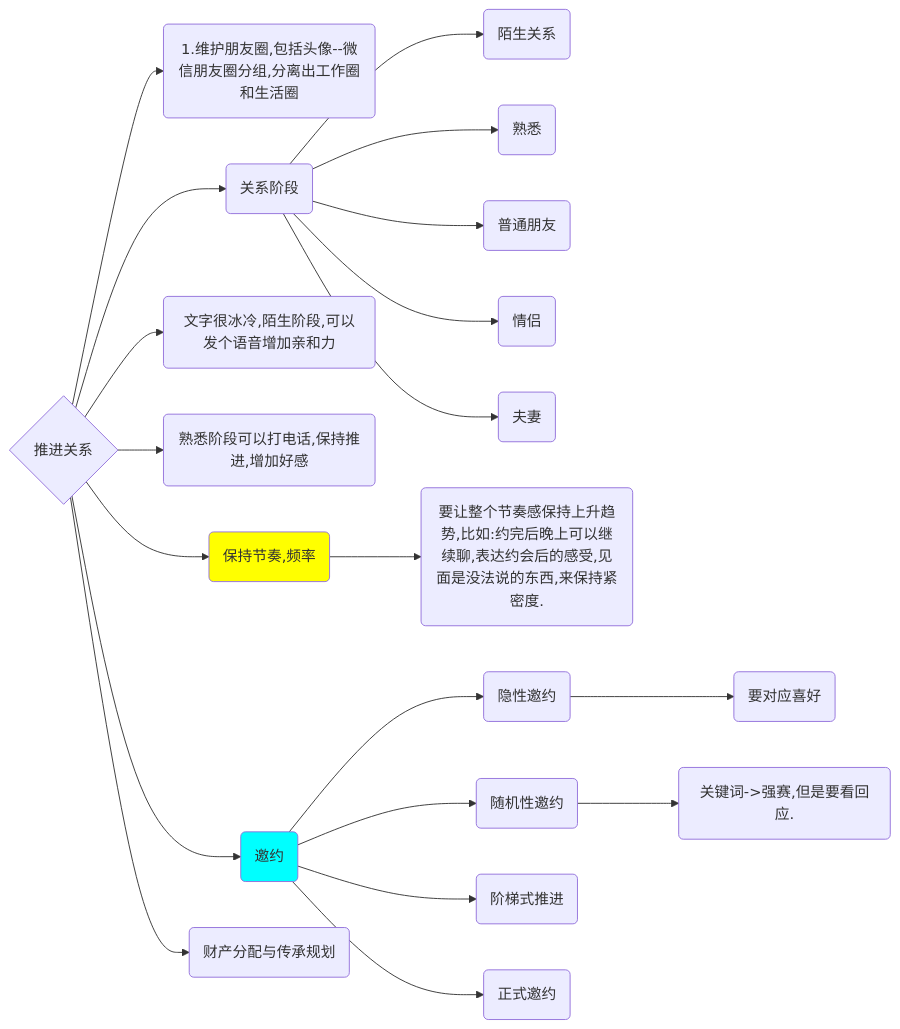
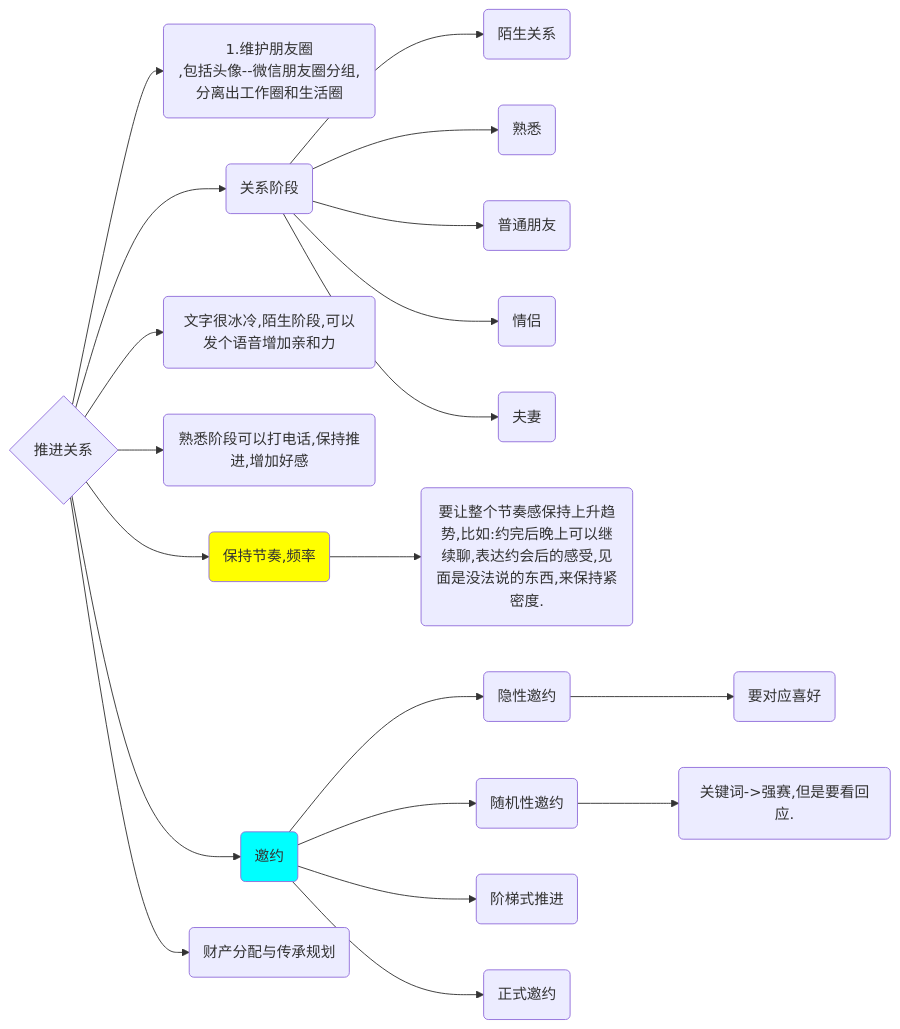
Before and after one commit to minglightshow/minglightshow.github.io: the diagram in 2020/si.md, drawn with Mermaid.

```diff
--- a/2020/si.md
+++ b/2020/si.md
@@ -1,24 +1,24 @@
 <div class="mermaid">
 graph LR
-      A{推进关系}-->B(1.维护朋友圈,包括头像--微信朋友圈分组,分离出工作圈和生活圈)
+      A{推进关系}-->B(1.维护朋友圈<br/>,包括头像--微信朋友圈分组,分离出工作圈和生活圈)
       A-->C(关系阶段)
       C-->C1(陌生关系)
       C-->C2(熟悉)
       C-->C3(普通朋友)
       C-->C4(情侣)
       C-->C5(夫妻)      
       A-->D(文字很冰冷,陌生阶段,可以发个语音增加亲和力)
       A-->E(熟悉阶段可以打电话,保持推进,增加好感)
       A-->F(保持节奏,频率)
       style F fill:#FFFF00
       F-->F1(要让整个节奏感保持上升趋势,比如:约完后晚上可以继续聊,表达约会后的感受,见面是没法说的东西,来保持紧密度.)
       A-->G(邀约)
       style G fill:#00FFFF
       G-->G1(隐性邀约)
       G1-->GG1(要对应喜好)
       G-->G2(随机性邀约)
       G2-->GG2(关键词->强赛,但是要看回应.)
       G-->G3(阶梯式推进)
       G-->G4(正式邀约)
       A-->I(财产分配与传承规划)
 </div>
```
